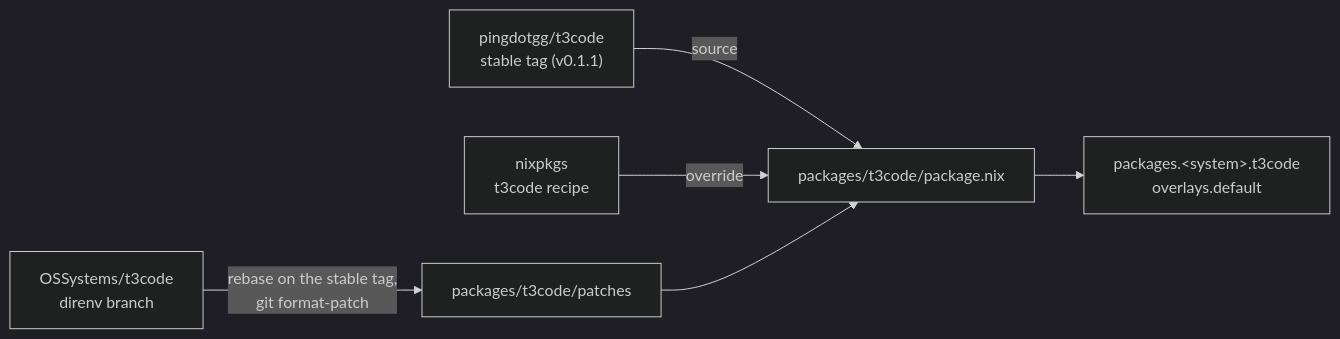
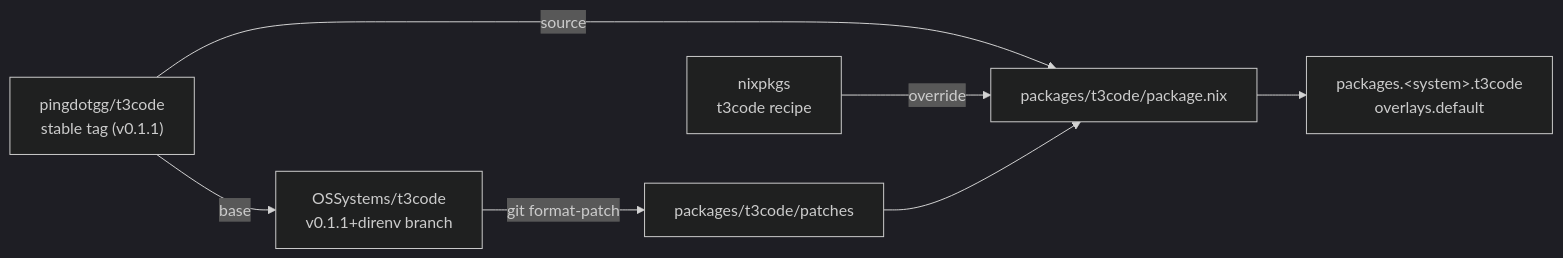
Before and after one commit to OSSystems/t3code-nix: the diagram in README.md, drawn with Mermaid (dark theme).

Commit message:
docs: name the fork branch the patches come from

````diff
--- a/README.md
+++ b/README.md
@@ -15,15 +15,16 @@
 ```mermaid
 flowchart LR
   upstream["pingdotgg/t3code<br/>stable tag (v0.1.1)"]
-  fork["OSSystems/t3code<br/>direnv branch"]
+  fork["OSSystems/t3code<br/>v0.1.1+direnv branch"]
   recipe["nixpkgs<br/>t3code recipe"]
   patches["packages/t3code/patches"]
   pkg["packages/t3code/package.nix"]
   out["packages.&lt;system&gt;.t3code<br/>overlays.default"]
 
-  fork -- "rebase on the stable tag,<br/>git format-patch" --> patches
+  upstream -- "base" --> fork
+  fork -- "git format-patch" --> patches
   upstream -- "source" --> pkg
   recipe -- "override" --> pkg
   patches --> pkg
   pkg --> out
 ```
````
